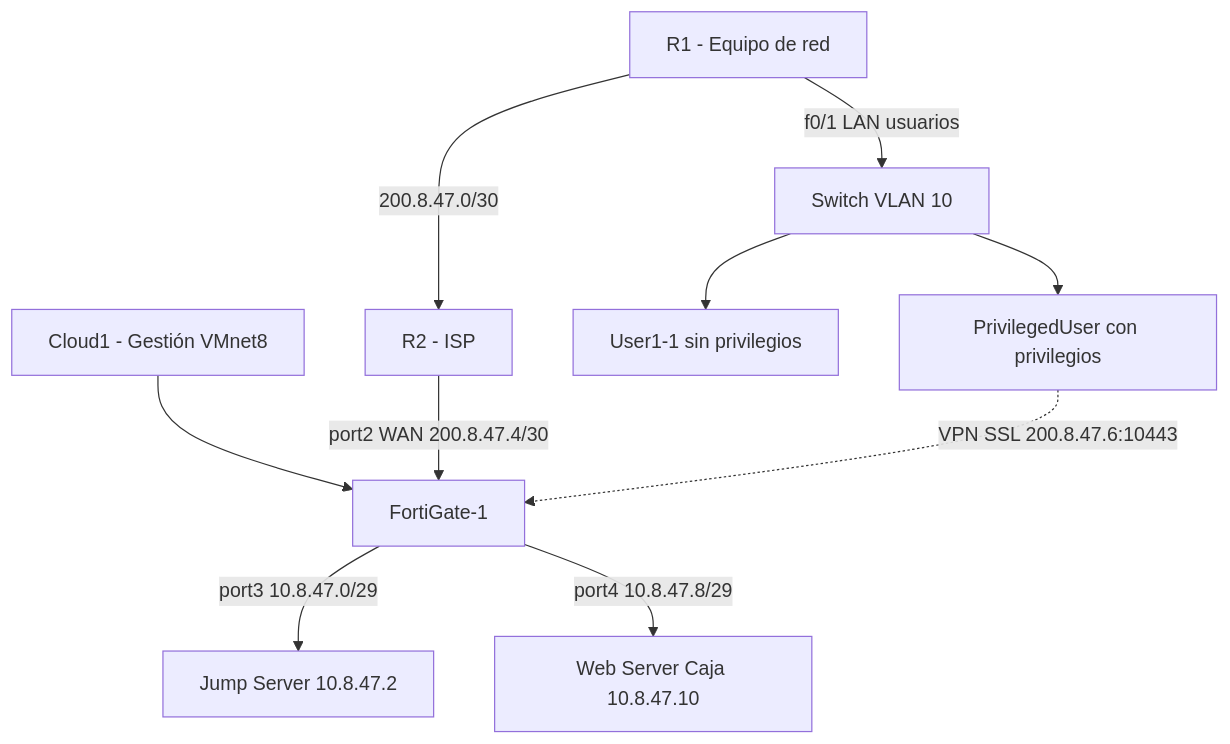
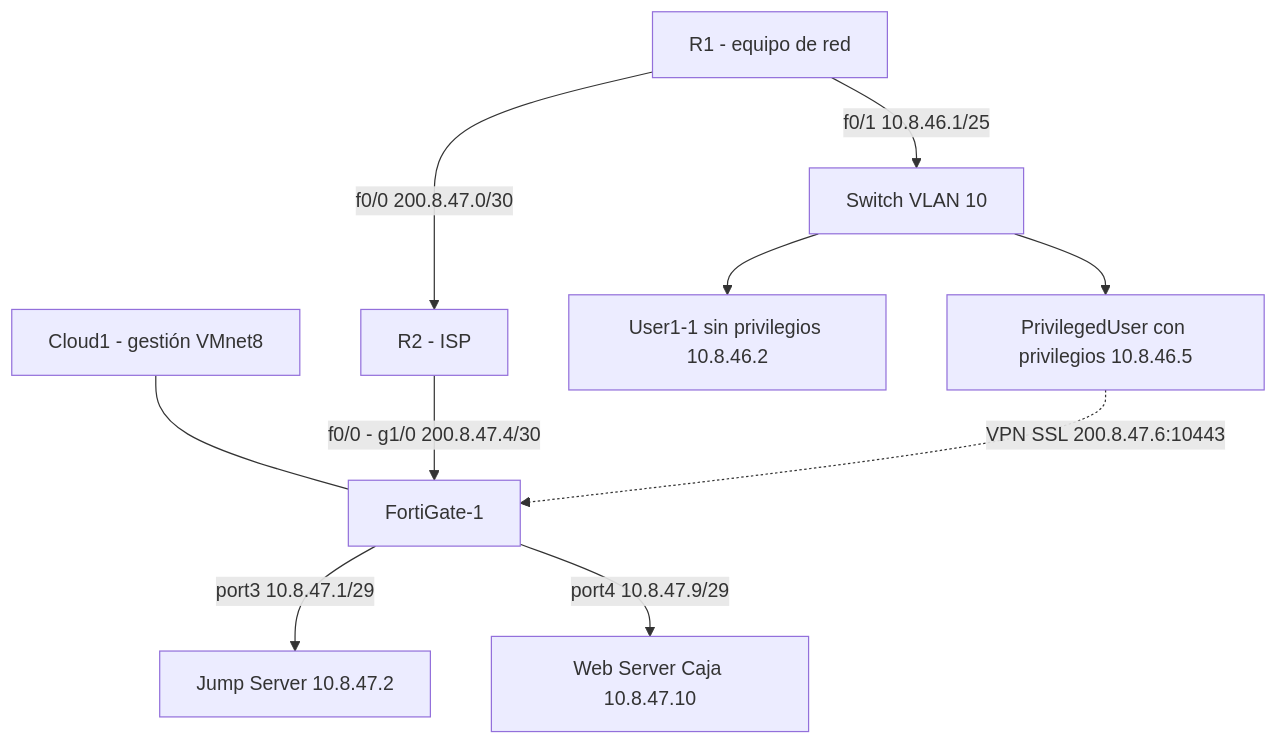
One commit to AbdLau/Seguridad-de-Redes---Practica-3---Topologia-2 changed the diagram in README.md. Above: the diagram before and after it, drawn with Mermaid. The commit also changed other lines of this file, not shown here.

````diff
--- a/README.md
+++ b/README.md
@@ -13,12 +19,12 @@
 ```mermaid
 graph TD
-    ISP[Cloud1 - Gestión VMnet8] --> FG[FortiGate-1]
-    R2[R2 - ISP] -->|port2 WAN 200.8.47.4/30| FG
-    R1[R1 - Equipo de red] -->|200.8.47.0/30| R2
-    R1 -->|f0/1 LAN usuarios| SW[Switch VLAN 10]
-    SW --> U1[User1-1 sin privilegios]
-    SW --> PU[PrivilegedUser con privilegios]
-    FG -->|port3 10.8.47.0/29| JUMP[Jump Server 10.8.47.2]
-    FG -->|port4 10.8.47.8/29| WEB[Web Server Caja 10.8.47.10]
+    ISP[Cloud1 - gestión VMnet8] --- FG[FortiGate-1]
+    R2[R2 - ISP] -->|f0/0 - g1/0 200.8.47.4/30| FG
+    R1[R1 - equipo de red] -->|f0/0 200.8.47.0/30| R2
+    R1 -->|f0/1 10.8.46.1/25| SW[Switch VLAN 10]
+    SW --> U1[User1-1 sin privilegios 10.8.46.2]
+    SW --> PU[PrivilegedUser con privilegios 10.8.46.5]
+    FG -->|port3 10.8.47.1/29| JUMP[Jump Server 10.8.47.2]
+    FG -->|port4 10.8.47.9/29| WEB[Web Server Caja 10.8.47.10]
     PU -.->|VPN SSL 200.8.47.6:10443| FG
 ```
````
